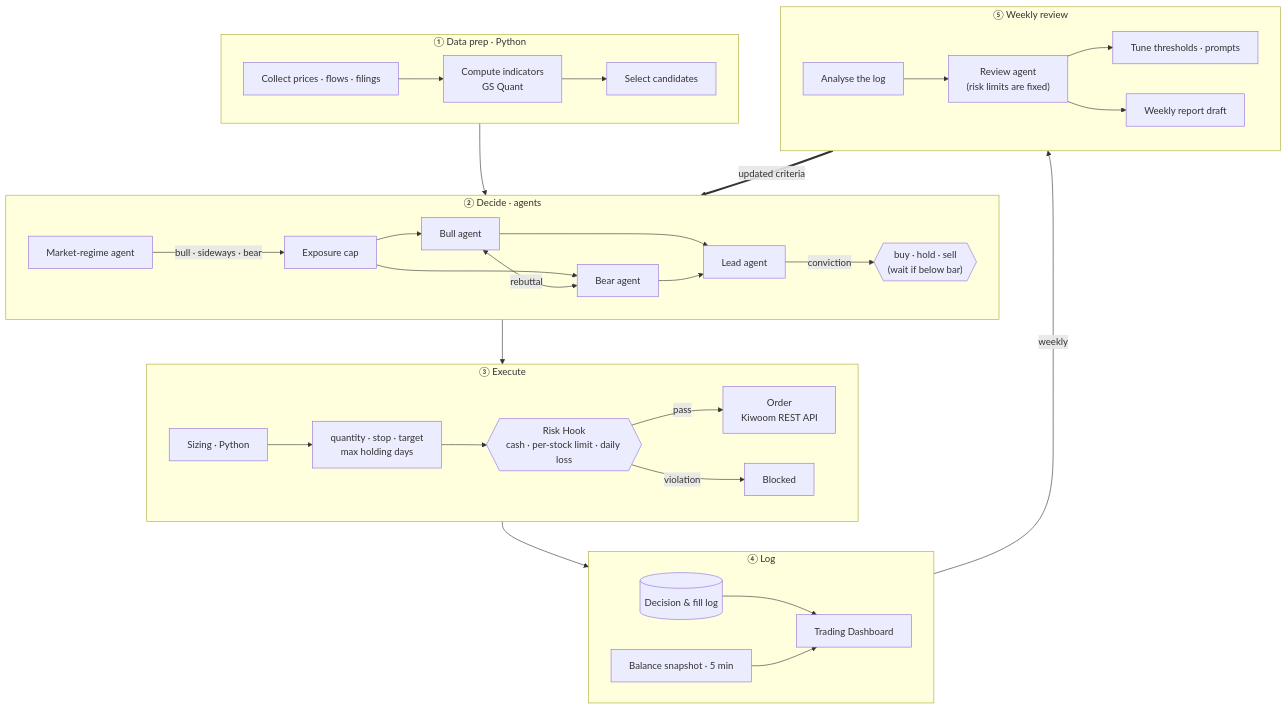
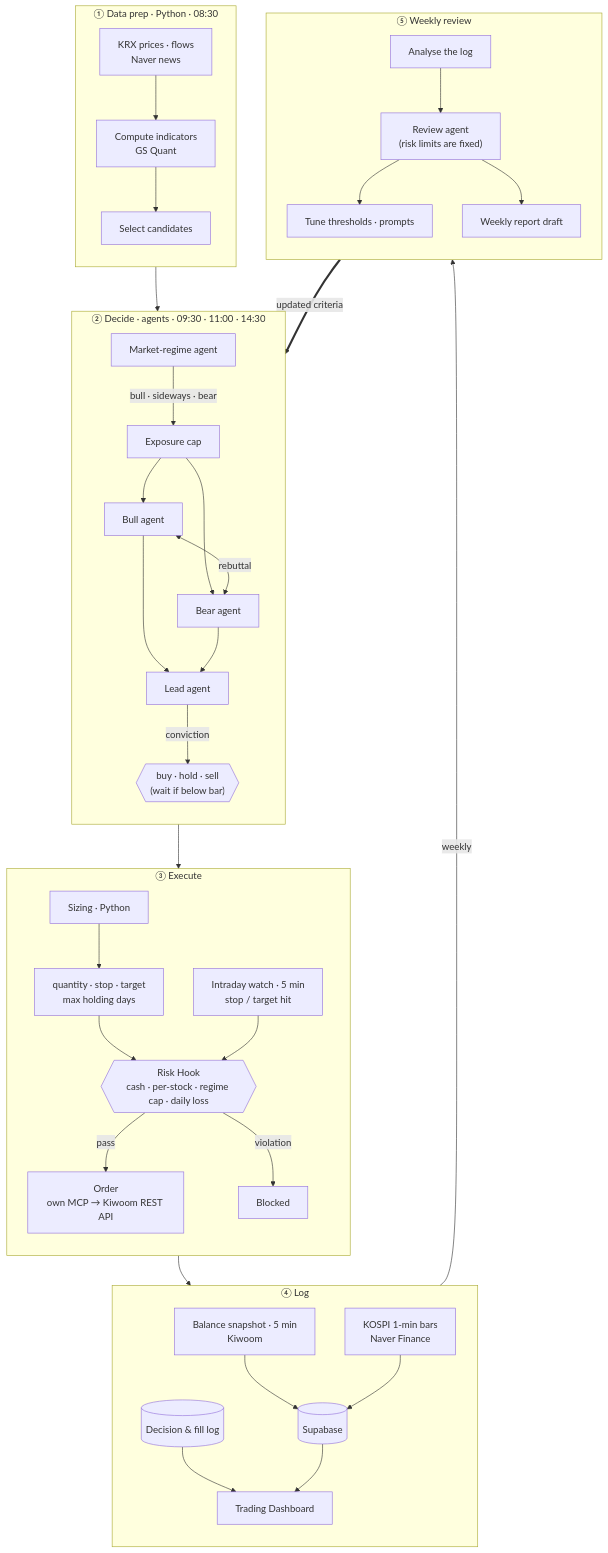
The diagram in README.md (isopink/hynix-298f), drawn with Mermaid before and after one commit. The commit also changed other lines of this file and 3 other files, not shown here.

First line of the commit message:
README: update architecture diagram and docs for launch day

````diff
--- a/README.md
+++ b/README.md
@@ -51,37 +51,40 @@
 ```mermaid
 flowchart TB
-    subgraph S1["① Data prep · Python"]
-        direction LR
-        A1["Collect prices · flows · filings"] --> A2["Compute indicators<br/>GS Quant"] --> A3["Select candidates"]
+    subgraph S1["① Data prep · Python · 08:30"]
+        direction TB
+        A1["KRX prices · flows<br/>Naver news"] --> A2["Compute indicators<br/>GS Quant"] --> A3["Select candidates"]
     end
-    subgraph S2["② Decide · agents"]
-        direction LR
+    subgraph S2["② Decide · agents · 09:30 · 11:00 · 14:30"]
+        direction TB
         B1["Market-regime agent"] -->|bull · sideways · bear| B2["Exposure cap"]
         B2 --> C1["Bull agent"]
         B2 --> C2["Bear agent"]
         C1 <-->|rebuttal| C2
         C1 --> E1["Lead agent"]
         C2 --> E1
         E1 -->|conviction| E2{{"buy · hold · sell<br/>(wait if below bar)"}}
     end
     subgraph S3["③ Execute"]
-        direction LR
-        F1["Sizing · Python"] --> F2["quantity · stop · target<br/>max holding days"] --> G{{"Risk Hook<br/>cash · per-stock limit · daily loss"}}
-        G -->|pass| H["Order<br/>Kiwoom REST API"]
+        direction TB
+        F1["Sizing · Python"] --> F2["quantity · stop · target<br/>max holding days"] --> G{{"Risk Hook<br/>cash · per-stock · regime cap · daily loss"}}
+        M["Intraday watch · 5 min<br/>stop / target hit"] --> G
+        G -->|pass| H["Order<br/>own MCP → Kiwoom REST API"]
         G -->|violation| X["Blocked"]
     end
     subgraph S4["④ Log"]
-        direction LR
+        direction TB
         I[("Decision & fill log")] --> K["Trading Dashboard"]
-        L["Balance snapshot · 5 min"] --> K
+        L["Balance snapshot · 5 min<br/>Kiwoom"] --> SB[("Supabase")]
+        N["KOSPI 1-min bars<br/>Naver Finance"] --> SB
+        SB --> K
     end
     subgraph S5["⑤ Weekly review"]
-        direction LR
+        direction TB
         J1["Analyse the log"] --> J2["Review agent<br/>(risk limits are fixed)"]
         J2 --> J3["Tune thresholds · prompts"]
         J2 --> J4["Weekly report draft"]
     end
     S1 --> S2 --> S3 --> S4
     S4 -->|weekly| S5
     S5 == "updated criteria" ==> S2
 ```
````
